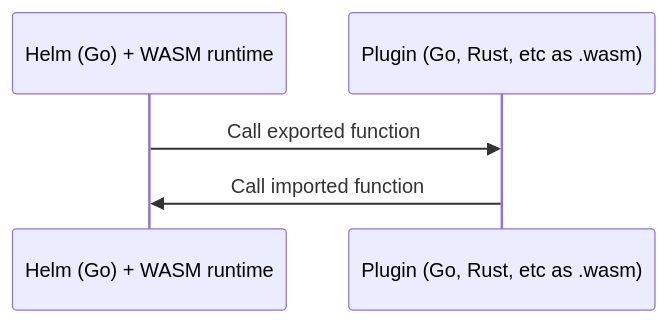
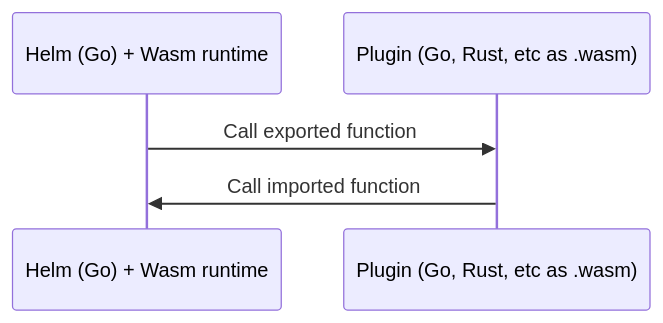
Before and after one commit to helm/community: the diagram in hips/hip-9999.md, drawn with Mermaid. The commit also changed other lines of this file, not shown here.

Commit message:
Change WASM to Wasm

````diff
--- a/hips/hip-9999.md
+++ b/hips/hip-9999.md
@@ -225,7 +225,7 @@
 ```mermaid
 sequenceDiagram
-    participant h as Helm (Go) + WASM runtime
+    participant h as Helm (Go) + Wasm runtime
     participant P as Plugin (Go, Rust, etc as .wasm)
     h->>P: Call exported function
     P->> h: Call imported function
 ```
````
